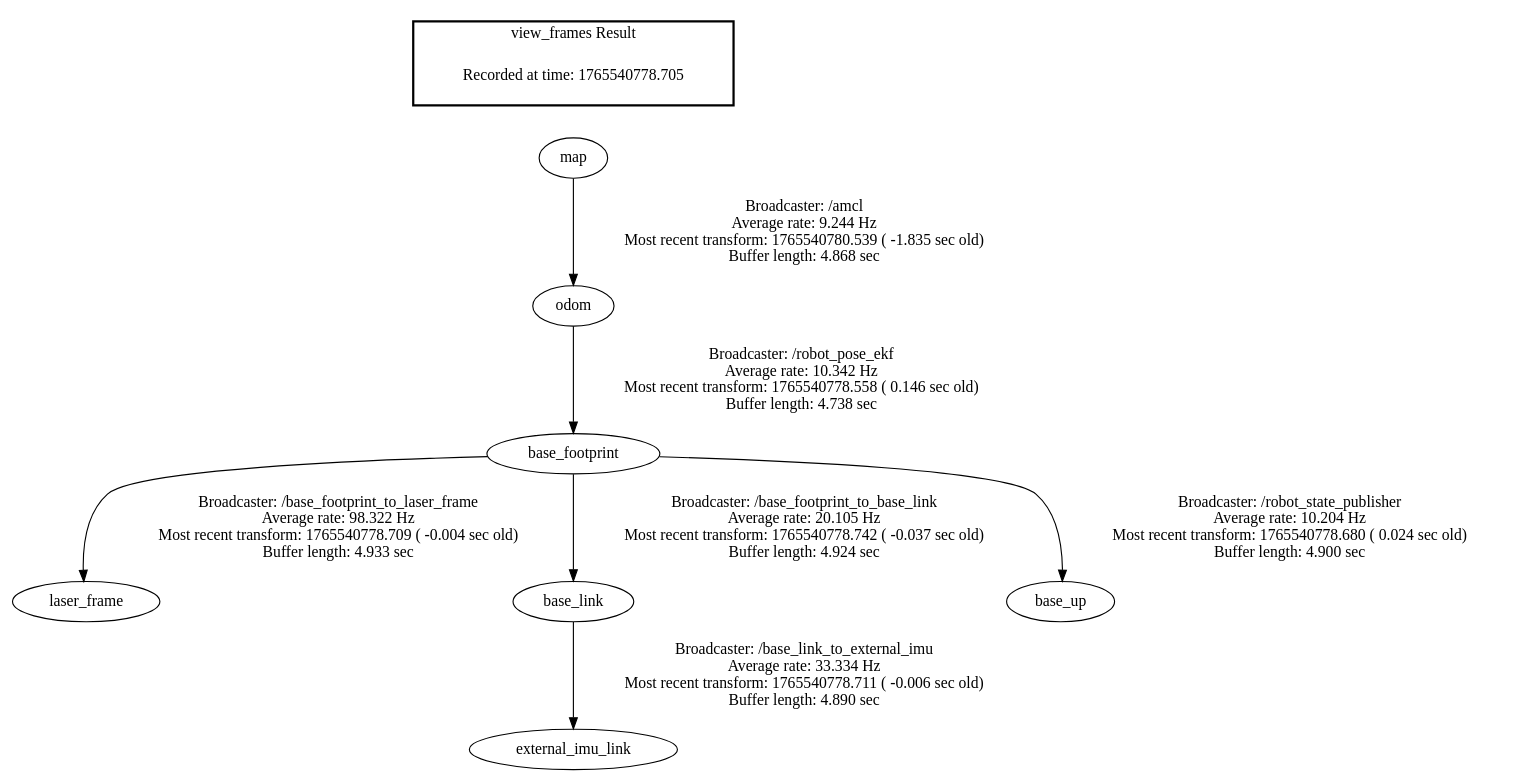
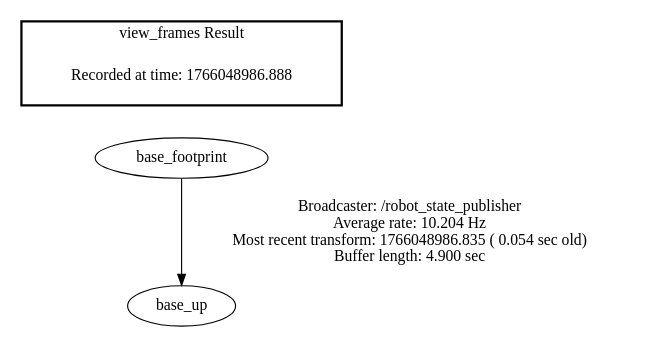
The diagram in AMR_ROS/AMR_pi-top/frames.gv (gunchung78/SynchroBots_AMR), drawn with Graphviz before and after one commit. The commit also changed 18 other files, not shown here.

```diff
--- a/AMR_ROS/AMR_pi-top/frames.gv
+++ b/AMR_ROS/AMR_pi-top/frames.gv
@@ -1,12 +1,7 @@
 digraph G {
-"base_footprint" -> "laser_frame"[label="Broadcaster: /base_footprint_to_laser_frame\nAverage rate: 98.322 Hz\nMost recent transform: 1765540778.709 ( -0.004 sec old)\nBuffer length: 4.933 sec\n"];
-"odom" -> "base_footprint"[label="Broadcaster: /robot_pose_ekf\nAverage rate: 10.342 Hz\nMost recent transform: 1765540778.558 ( 0.146 sec old)\nBuffer length: 4.738 sec\n"];
-"base_footprint" -> "base_link"[label="Broadcaster: /base_footprint_to_base_link\nAverage rate: 20.105 Hz\nMost recent transform: 1765540778.742 ( -0.037 sec old)\nBuffer length: 4.924 sec\n"];
-"base_footprint" -> "base_up"[label="Broadcaster: /robot_state_publisher\nAverage rate: 10.204 Hz\nMost recent transform: 1765540778.680 ( 0.024 sec old)\nBuffer length: 4.900 sec\n"];
-"base_link" -> "external_imu_link"[label="Broadcaster: /base_link_to_external_imu\nAverage rate: 33.334 Hz\nMost recent transform: 1765540778.711 ( -0.006 sec old)\nBuffer length: 4.890 sec\n"];
-"map" -> "odom"[label="Broadcaster: /amcl\nAverage rate: 9.244 Hz\nMost recent transform: 1765540780.539 ( -1.835 sec old)\nBuffer length: 4.868 sec\n"];
+"base_footprint" -> "base_up"[label="Broadcaster: /robot_state_publisher\nAverage rate: 10.204 Hz\nMost recent transform: 1766048986.835 ( 0.054 sec old)\nBuffer length: 4.900 sec\n"];
 edge [style=invis];
  subgraph cluster_legend { style=bold; color=black; label ="view_frames Result";
-"Recorded at time: 1765540778.705"[ shape=plaintext ] ;
- }->"map";
+"Recorded at time: 1766048986.888"[ shape=plaintext ] ;
+ }->"base_footprint";
 }
```
